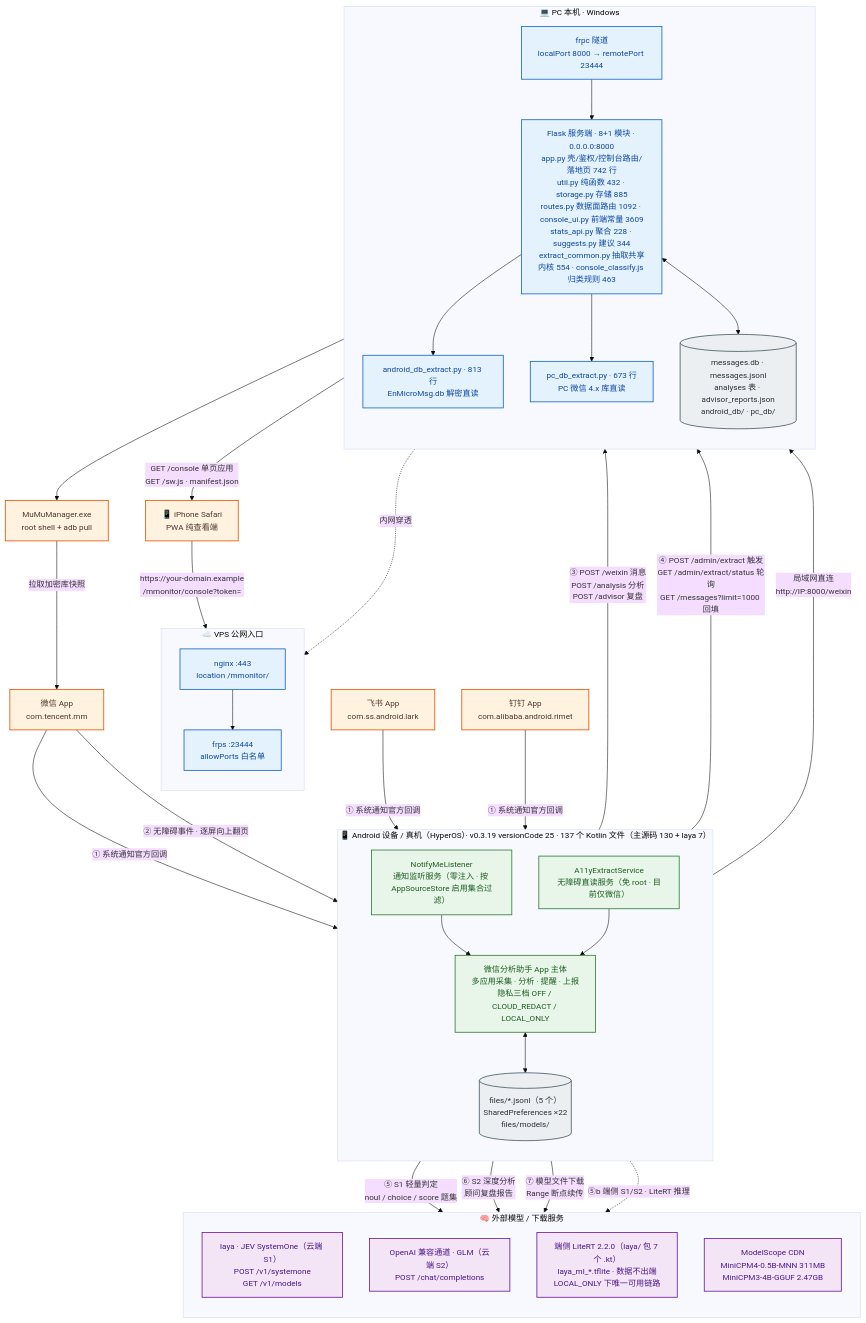
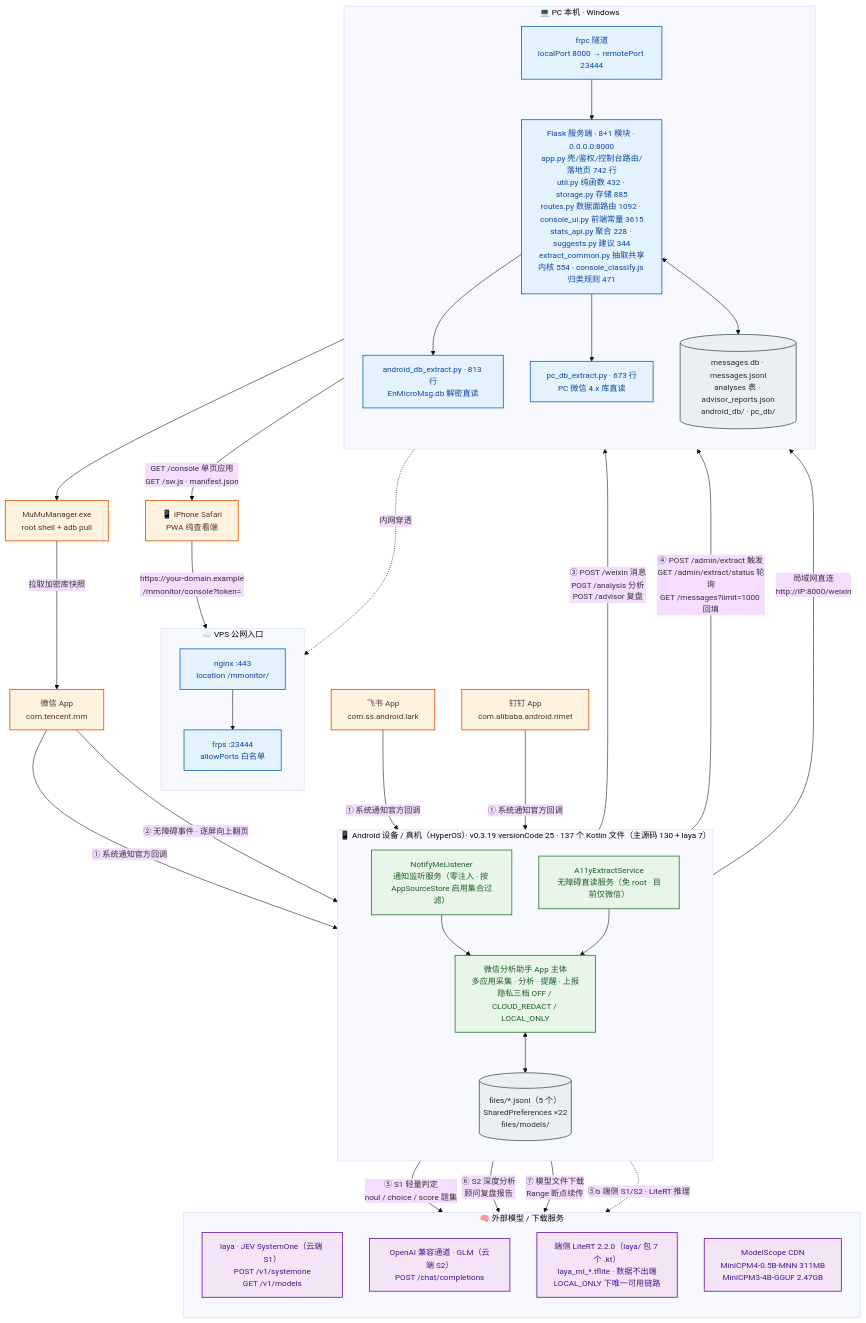
The diagram in docs/architecture/diagrams/01-system-context.mmd (solidjoker/notifyme), drawn with Mermaid before and after one commit. The commit also changed 14 other files, not shown here.

```diff
--- a/docs/architecture/diagrams/01-system-context.mmd
+++ b/docs/architecture/diagrams/01-system-context.mmd
@@ -1,70 +1,70 @@
 %%{init: {'theme':'base','themeVariables':{'fontSize':'15px','fontFamily':'Microsoft YaHei, PingFang SC, sans-serif'},'flowchart':{'htmlLabels':true,'curve':'basis'}}}%%
 flowchart TB
     classDef ext  fill:#fff3e0,stroke:#e65100,stroke-width:1.5px,color:#4e342e
     classDef app  fill:#e8f5e9,stroke:#2e7d32,stroke-width:1.5px,color:#1b5e20
     classDef srv  fill:#e3f2fd,stroke:#1565c0,stroke-width:1.5px,color:#0d47a1
     classDef llm  fill:#f3e5f5,stroke:#6a1b9a,stroke-width:1.5px,color:#4a148c
     classDef store fill:#eceff1,stroke:#455a64,stroke-width:1.5px,color:#263238
 
     WX["微信 App<br/>com.tencent.mm"]:::ext
     FS["飞书 App<br/>com.ss.android.lark"]:::ext
     DT["钉钉 App<br/>com.alibaba.android.rimet"]:::ext
 
     subgraph DEV["📱 Android 设备 / 真机（HyperOS）· v0.3.19 versionCode 25 · 137 个 Kotlin 文件（主源码 130 + laya 7）"]
         direction TB
         NL["NotifyMeListener<br/>通知监听服务（零注入 · 按 AppSourceStore 启用集合过滤）"]:::app
         A11Y["A11yExtractService<br/>无障碍直读服务（免 root · 目前仅微信）"]:::app
         CORE["微信分析助手 App 主体<br/>多应用采集 · 分析 · 提醒 · 上报<br/>隐私三档 OFF / CLOUD_REDACT / LOCAL_ONLY"]:::app
         STORE[("files/*.jsonl（5 个）<br/>SharedPreferences ×22<br/>files/models/")]:::store
         NL --> CORE
         A11Y --> CORE
         CORE <--> STORE
     end
 
     subgraph HOST["💻 PC 本机 · Windows"]
         direction TB
-        FLASK["Flask 服务端 · 8+1 模块 · 0.0.0.0:8000<br/>app.py 壳/鉴权/控制台路由/落地页 742 行<br/>util.py 纯函数 432 · storage.py 存储 885<br/>routes.py 数据面路由 1092 · console_ui.py 前端常量 3609<br/>stats_api.py 聚合 228 · suggests.py 建议 344<br/>extract_common.py 抽取共享内核 554 · console_classify.js 归类规则 463"]:::srv
+        FLASK["Flask 服务端 · 8+1 模块 · 0.0.0.0:8000<br/>app.py 壳/鉴权/控制台路由/落地页 742 行<br/>util.py 纯函数 432 · storage.py 存储 885<br/>routes.py 数据面路由 1092 · console_ui.py 前端常量 3615<br/>stats_api.py 聚合 228 · suggests.py 建议 344<br/>extract_common.py 抽取共享内核 554 · console_classify.js 归类规则 471"]:::srv
         ADBEX["android_db_extract.py · 813 行<br/>EnMicroMsg.db 解密直读"]:::srv
         PCEX["pc_db_extract.py · 673 行<br/>PC 微信 4.x 库直读"]:::srv
         DB[("messages.db · messages.jsonl<br/>analyses 表 · advisor_reports.json<br/>android_db/ · pc_db/")]:::store
         FRPC["frpc 隧道<br/>localPort 8000 → remotePort 23444"]:::srv
         FLASK --> ADBEX
         FLASK --> PCEX
         FLASK <--> DB
         FRPC --> FLASK
     end
 
     subgraph VPS["☁️ VPS 公网入口"]
         direction TB
         NGINX["nginx :443<br/>location /mmonitor/"]:::srv
         FRPS["frps :23444<br/>allowPorts 白名单"]:::srv
         NGINX --> FRPS
     end
 
     subgraph AI["🧠 外部模型 / 下载服务"]
         direction TB
         LAYA["laya · JEV SystemOne（云端 S1）<br/>POST /v1/systemone<br/>GET /v1/models"]:::llm
         GLM["OpenAI 兼容通道 · GLM（云端 S2）<br/>POST /chat/completions"]:::llm
         LITE["端侧 LiteRT 2.2.0（laya/ 包 7 个 .kt）<br/>laya_ml_*.tflite · 数据不出端<br/>LOCAL_ONLY 下唯一可用链路"]:::llm
         MS["ModelScope CDN<br/>MiniCPM4-0.5B-MNN 311MB<br/>MiniCPM3-4B-GGUF 2.47GB"]:::llm
     end
 
     MUMU["MuMuManager.exe<br/>root shell + adb pull"]:::ext
     IPHONE["📱 iPhone Safari<br/>PWA 纯查看端"]:::ext
 
     WX -->|"① 系统通知官方回调"| NL
     FS -->|"① 系统通知官方回调"| NL
     DT -->|"① 系统通知官方回调"| NL
     WX -->|"② 无障碍事件 · 逐屏向上翻页"| A11Y
     CORE -->|"③ POST /weixin 消息<br/>POST /analysis 分析<br/>POST /advisor 复盘"| FLASK
     CORE -->|"④ POST /admin/extract 触发<br/>GET /admin/extract/status 轮询<br/>GET /messages?limit=1000 回填"| FLASK
     CORE -->|"⑤ S1 轻量判定<br/>noul / choice / score 题集"| LAYA
     CORE -->|"⑥ S2 深度分析<br/>顾问复盘报告"| GLM
     CORE -->|"⑦ 模型文件下载<br/>Range 断点续传"| MS
     CORE -.->|"⑤b 端侧 S1/S2 · LiteRT 推理"| LITE
     ADBEX --> MUMU
     MUMU -->|"拉取加密库快照"| WX
     CORE -->|"局域网直连<br/>http://IP:8000/weixin"| FLASK
     FRPC -.->|"内网穿透"| FRPS
     IPHONE -->|"https://your-domain.example<br/>/mmonitor/console?token="| NGINX
     FLASK -->|"GET /console 单页应用<br/>GET /sw.js · manifest.json"| IPHONE
```
